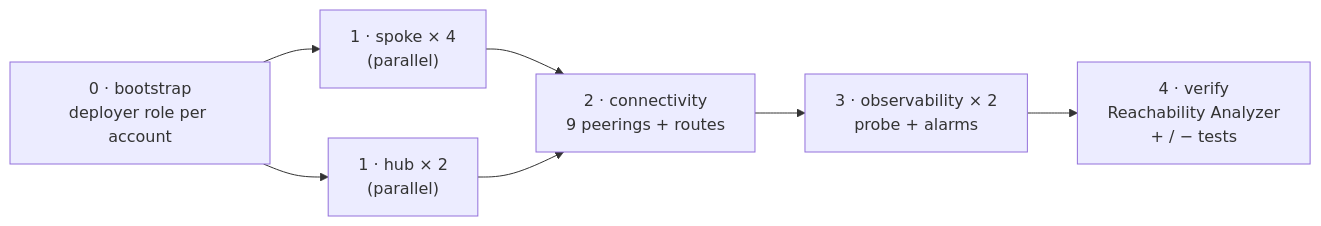
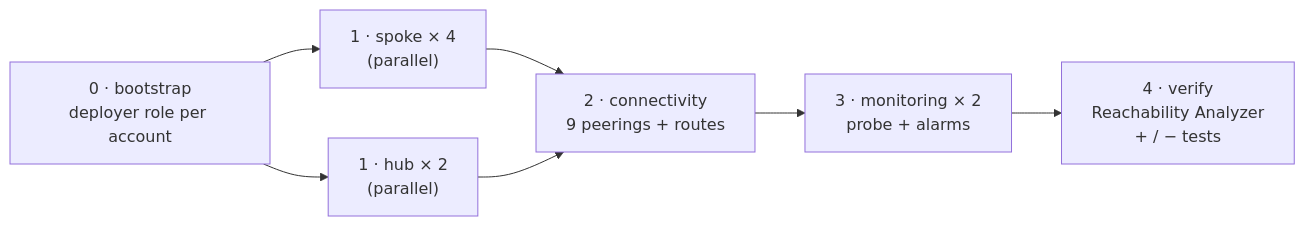
One commit to peacedouts/AWS-multi-region-observability-network changed the diagram in docs/deployment.md. Above: the diagram before and after it, drawn with Mermaid. The commit also changed other lines of this file and 21 other files, not shown here.

````diff
--- a/docs/deployment.md
+++ b/docs/deployment.md
@@ -45,9 +45,9 @@
 ```mermaid
 flowchart LR
     B["0 · bootstrap<br/>deployer role per account"] --> S["1 · spoke × 4<br/>(parallel)"]
     B --> H["1 · hub × 2<br/>(parallel)"]
     S --> C["2 · connectivity<br/>9 peerings + routes"]
     H --> C
-    C --> O["3 · observability × 2<br/>probe + alarms"]
+    C --> O["3 · monitoring × 2<br/>probe + alarms"]
     O --> V["4 · verify<br/>Reachability Analyzer<br/>+ / − tests"]
 ```
````
